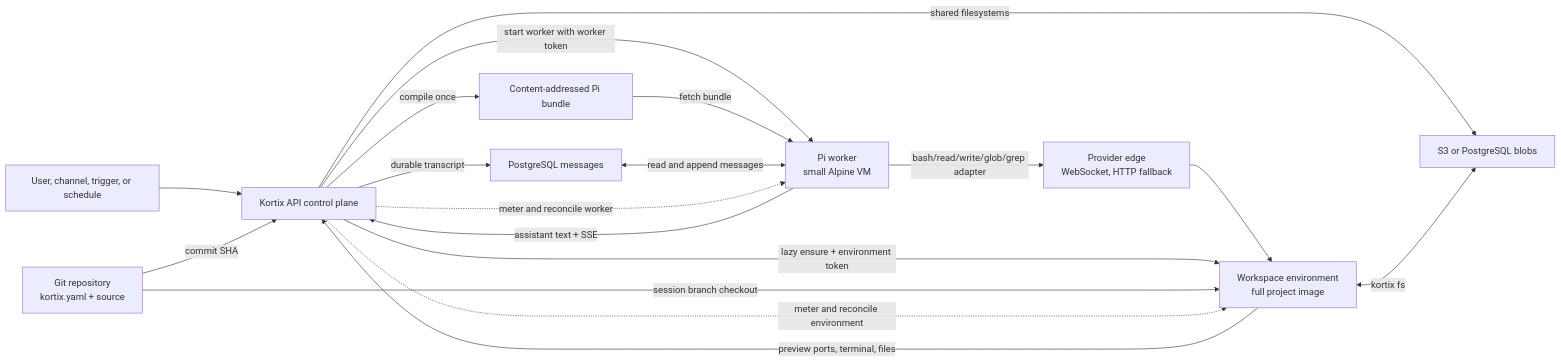
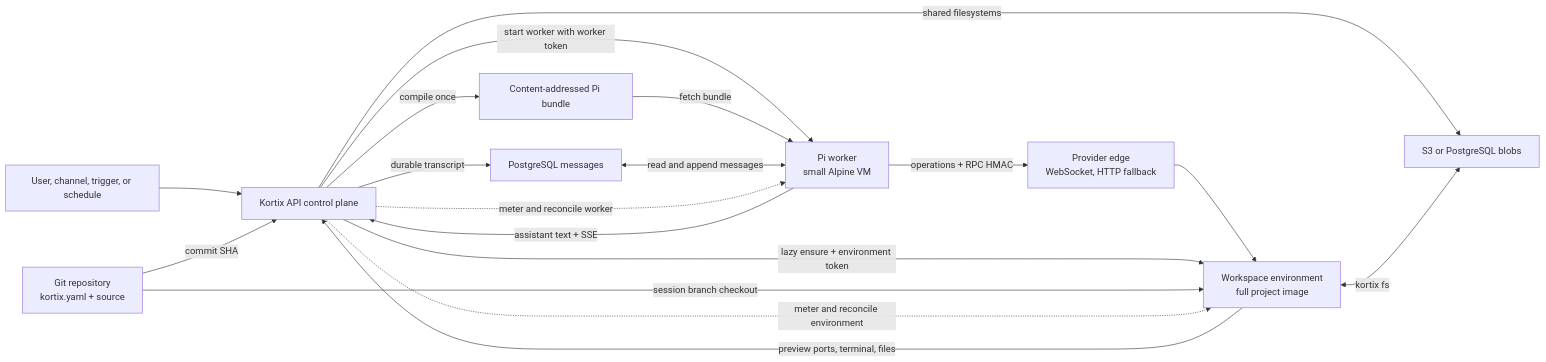
Before and after one commit to kortix-ai/suna: the first of 2 diagrams in docs/PI_WORKER_ARCHITECTURE.md, drawn with Mermaid. The commit also changed other lines of this file and 21 other files, not shown here.

````diff
--- a/docs/PI_WORKER_ARCHITECTURE.md
+++ b/docs/PI_WORKER_ARCHITECTURE.md
@@ -21,25 +21,25 @@
 ```mermaid
 flowchart LR
     U["User, channel, trigger, or schedule"] --> API["Kortix API control plane"]
 
     GIT["Git repository\nkortix.yaml + source"] -->|"commit SHA"| API
     API -->|"compile once"| ART["Content-addressed Pi bundle"]
     API -->|"durable transcript"| MSG["PostgreSQL messages"]
     API -->|"shared filesystems"| FS["S3 or PostgreSQL blobs"]
 
     API -->|"start worker with worker token"| W["Pi worker\nsmall Alpine VM"]
     ART -->|"fetch bundle"| W
     MSG <-->|"read and append messages"| W
 
     W -->|"assistant text + SSE"| API
-    W -->|"bash/read/write/glob/grep adapter"| EDGE["Provider edge\nWebSocket, HTTP fallback"]
+    W -->|"operations + RPC HMAC"| EDGE["Provider edge\nWebSocket, HTTP fallback"]
     EDGE --> E["Workspace environment\nfull project image"]
 
     API -->|"lazy ensure + environment token"| E
     GIT -->|"session branch checkout"| E
     E <-->|"kortix fs"| FS
     E -->|"preview ports, terminal, files"| API
 
     API -.->|"meter and reconcile worker"| W
     API -.->|"meter and reconcile environment"| E
 ```
````
